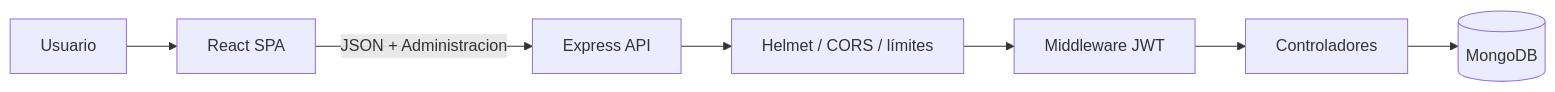
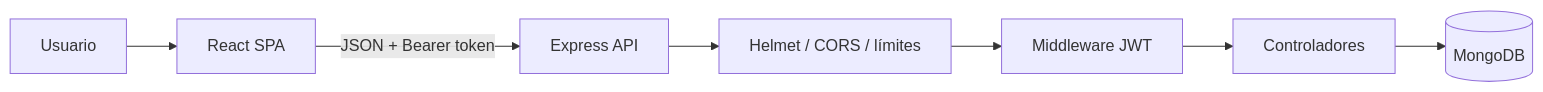
The diagram in docs/ARQUITECTURA.md (JuanCDLPR/password_manager_back), drawn with Mermaid before and after one commit. The commit also changed other lines of this file and 23 other files, not shown here.

````diff
--- a/docs/ARQUITECTURA.md
+++ b/docs/ARQUITECTURA.md
@@ -5,9 +5,9 @@
 ```mermaid
 flowchart LR
     U[Usuario] --> F[React SPA]
-    F -->|JSON + Administracion| A[Express API]
+    F -->|JSON + Bearer token| A[Express API]
     A --> H[Helmet / CORS / límites]
     H --> J[Middleware JWT]
     J --> C[Controladores]
     C --> DB[(MongoDB)]
 ```
````
